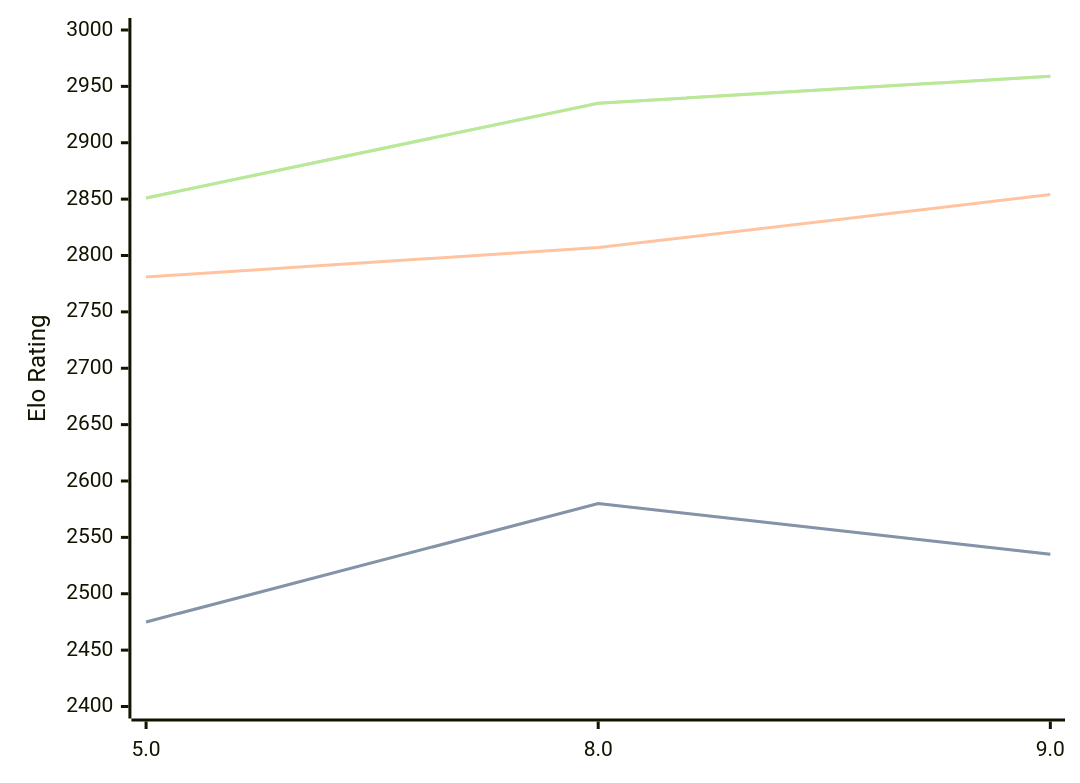
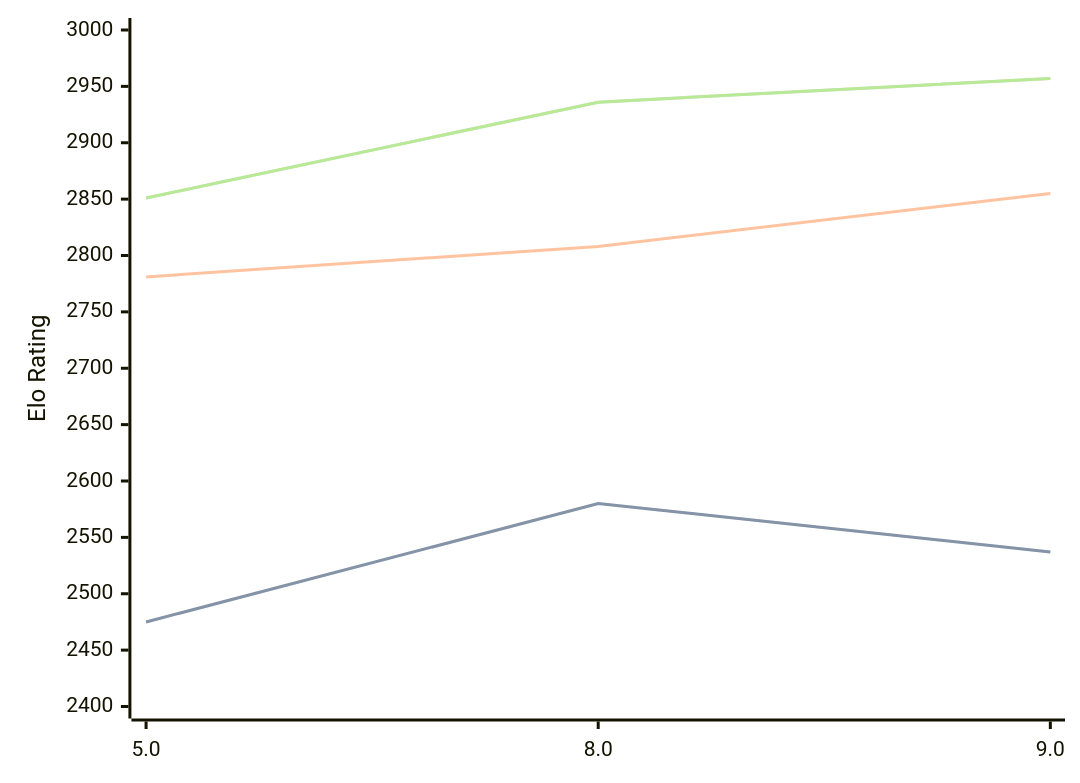
One commit to computer-chess-index/cci changed the first of 3 diagrams in engines/4kc.md. Above: the diagram before and after it, drawn with Mermaid. The commit also changed other lines of this file, not shown here.

Commit message:
Update CCI Ratings (ELO VLTC) - 2026-07-14

````diff
--- a/engines/4kc.md
+++ b/engines/4kc.md
@@ -42,11 +42,11 @@
 ```mermaid
 %%{init: {"theme":"base","themeVariables":{"seriesColors:['#a3a3a3','#222221','#faa371']}}}%%
 xychart-beta
   x-axis ["5.0", "8.0", "9.0"]
   y-axis "Elo Rating" 2400 --> 3000
-  line "STC (8.0+0.08s)" [2475, 2580, 2535]
-  line "STC (8.0+0.08s)" [2475, 2580, 2535]
-  line "LTC (60.0+0.60s)" [2781, 2807, 2854]
-  line "VLTC (2m24s+1.12s)" [2851, 2935, 2959]
-  line "VLTC (2m24s+1.12s)" [2851, 2935, 2959]
+  line "STC (8.0+0.08s)" [2475, 2580, 2537]
+  line "STC (8.0+0.08s)" [2475, 2580, 2537]
+  line "LTC (60.0+0.60s)" [2781, 2808, 2855]
+  line "VLTC (2m24s+1.12s)" [2851, 2936, 2957]
+  line "VLTC (2m24s+1.12s)" [2851, 2936, 2957]
 ```
````
